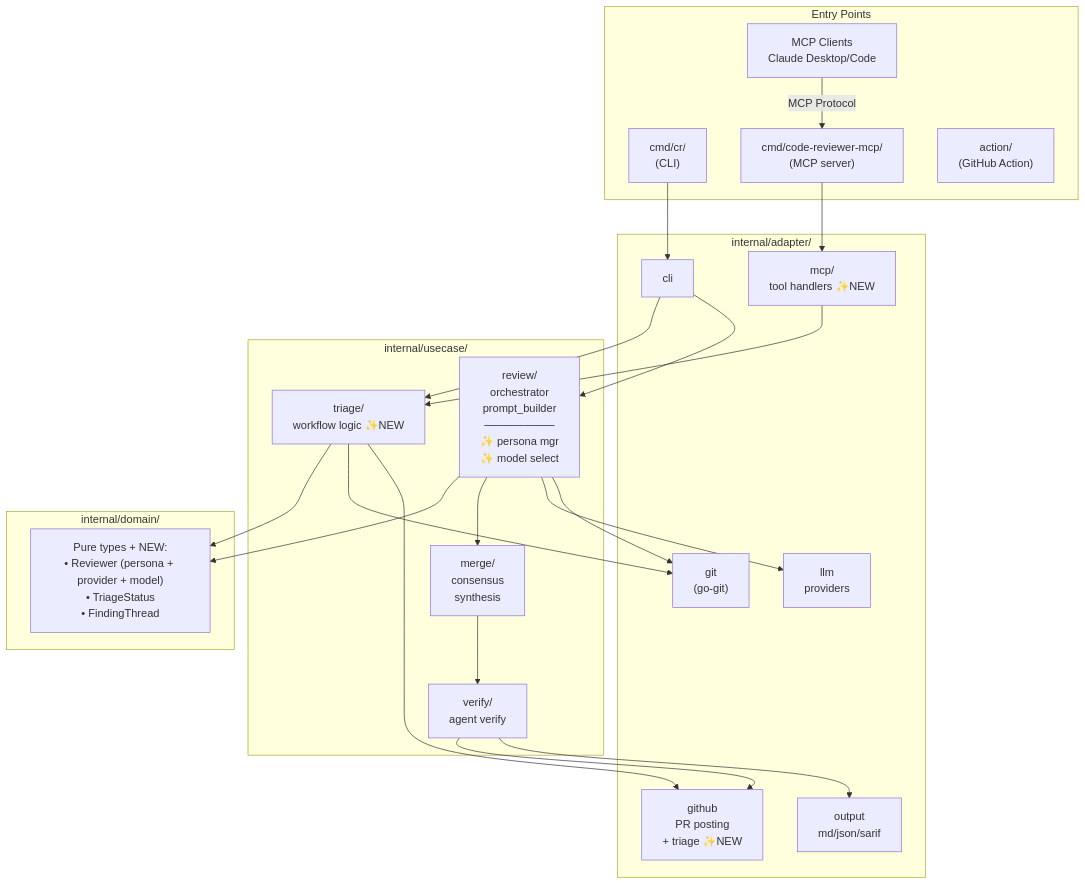
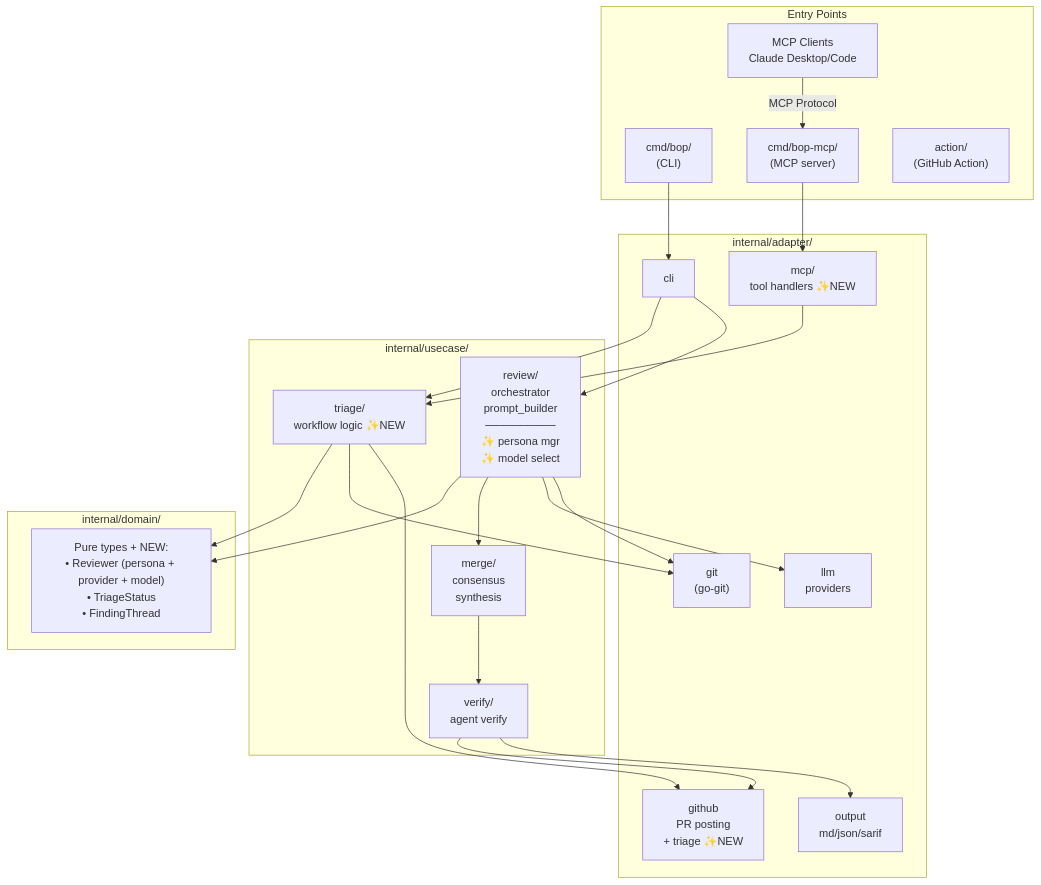
One commit to delightfulhammers/bop changed the second of 6 diagrams in docs/design/02-ARCHITECTURE.md. Above: the diagram before and after it, drawn with Mermaid. The commit also changed other lines of this file and 227 other files, not shown here.

First line of the commit message:
refactor: rename project from code-reviewer to bop

````diff
--- a/docs/design/02-ARCHITECTURE.md
+++ b/docs/design/02-ARCHITECTURE.md
@@ -81,46 +81,46 @@
 ```mermaid
 graph TB
     subgraph Entry["Entry Points"]
-        CLI["cmd/cr/<br/>(CLI)"]
-        MCP_Server["cmd/code-reviewer-mcp/<br/>(MCP server)"]
+        CLI["cmd/bop/<br/>(CLI)"]
+        MCP_Server["cmd/bop-mcp/<br/>(MCP server)"]
         MCP_Clients["MCP Clients<br/>Claude Desktop/Code"]
         Action["action/<br/>(GitHub Action)"]
     end
 
     subgraph Adapters["internal/adapter/"]
         CLI_Adapter["cli"]
         Git["git<br/>(go-git)"]
         LLM["llm<br/>providers"]
         Output["output<br/>md/json/sarif"]
         GitHub["github<br/>PR posting<br/>+ triage ✨NEW"]
         MCP_Handlers["mcp/<br/>tool handlers ✨NEW"]
     end
 
     subgraph UseCases["internal/usecase/"]
         Review["review/<br/>orchestrator<br/>prompt_builder<br/>─────────<br/>✨ persona mgr<br/>✨ model select"]
         Merge["merge/<br/>consensus<br/>synthesis"]
         Verify["verify/<br/>agent verify"]
         Triage["triage/<br/>workflow logic ✨NEW"]
     end
 
     subgraph Domain["internal/domain/"]
         Types["Pure types + NEW:<br/>• Reviewer (persona + provider + model)<br/>• TriageStatus<br/>• FindingThread"]
     end
 
     MCP_Clients -->|"MCP Protocol"| MCP_Server
     MCP_Server --> MCP_Handlers
     MCP_Handlers --> Triage
     CLI --> CLI_Adapter
     CLI_Adapter --> Review
     CLI_Adapter --> Triage
     Review --> Git
     Review --> LLM
     Review --> Merge
     Merge --> Verify
     Verify --> Output
     Verify --> GitHub
     Triage --> GitHub
     Triage --> Git
     Review --> Types
     Triage --> Types
 ```
````
